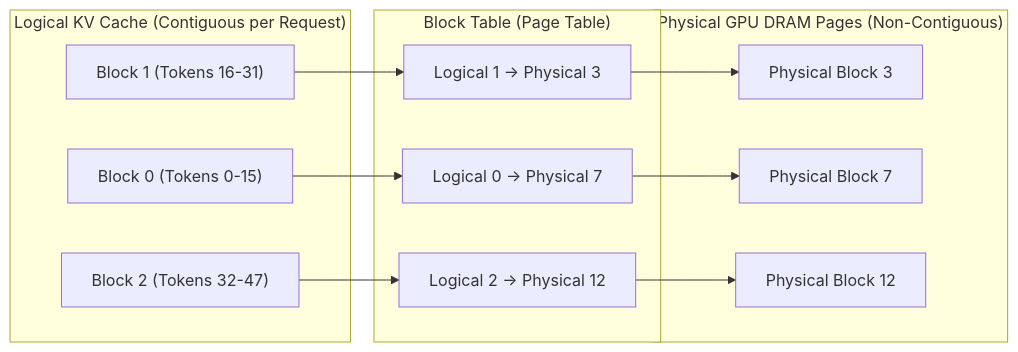
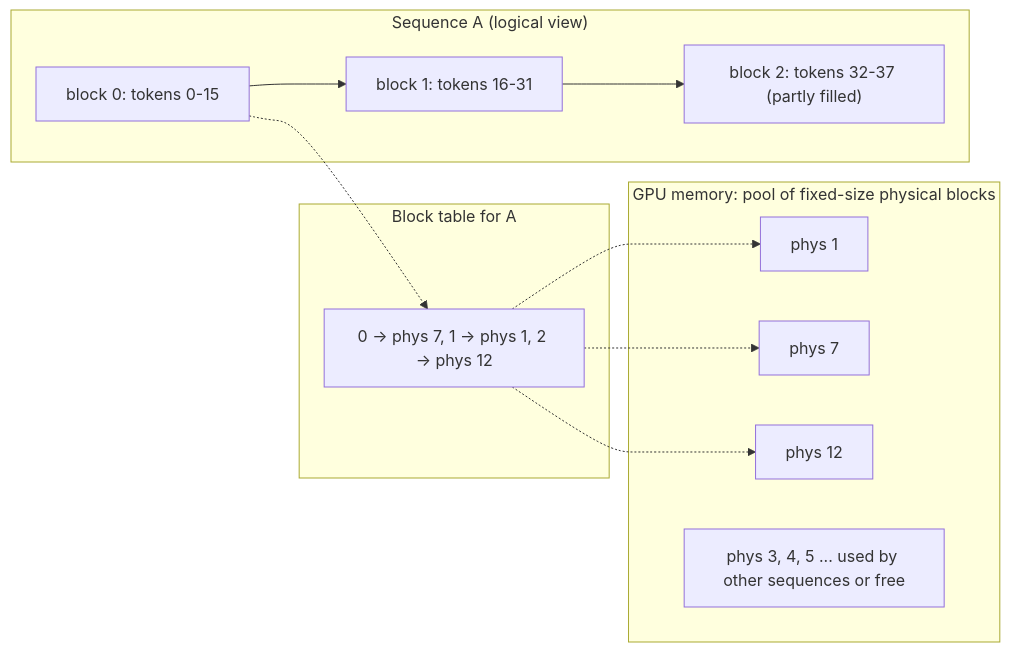
Before and after one commit to reddykarthikeya1/AI-Systems-Mastery: the diagram in 09_Inference_Systems_and_Serving_Engines/Module_03_PagedAttention_Architecture_vLLM/01_README.md, drawn with Mermaid. The commit also changed other lines of this file and 54 other files, not shown here.

````diff
--- a/09_Inference_Systems_and_Serving_Engines/Module_03_PagedAttention_Architecture_vLLM/01_README.md
+++ b/09_Inference_Systems_and_Serving_Engines/Module_03_PagedAttention_Architecture_vLLM/01_README.md
@@ -6,24 +15,19 @@
 ```mermaid
 flowchart LR
-    subgraph Logical["Logical KV Cache (Contiguous per Request)"]
-        L0["Block 0 (Tokens 0-15)"]
-        L1["Block 1 (Tokens 16-31)"]
-        L2["Block 2 (Tokens 32-47)"]
+    subgraph Logical["Sequence A (logical view)"]
+        L0["block 0: tokens 0-15"] --> L1["block 1: tokens 16-31"] --> L2["block 2: tokens 32-37 (partly filled)"]
     end
-
-    subgraph Table["Block Table (Page Table)"]
-        BT0["Logical 0 -> Physical 7"]
-        BT1["Logical 1 -> Physical 3"]
-        BT2["Logical 2 -> Physical 12"]
+    subgraph Table["Block table for A"]
+        T["0 -> phys 7, 1 -> phys 1, 2 -> phys 12"]
     end
-
-    subgraph Physical["Physical GPU DRAM Pages (Non-Contiguous)"]
-        P3["Physical Block 3"]
-        P7["Physical Block 7"]
-        P12["Physical Block 12"]
+    subgraph Physical["GPU memory: pool of fixed-size physical blocks"]
+        P1["phys 1"]
+        P7["phys 7"]
+        P12["phys 12"]
+        PX["phys 3, 4, 5 ... used by other sequences or free"]
     end
-
-    L0 --> BT0 --> P7
-    L1 --> BT1 --> P3
-    L2 --> BT2 --> P12
+    L0 -.-> T
+    T -.-> P7
+    T -.-> P1
+    T -.-> P12
 ```
````
